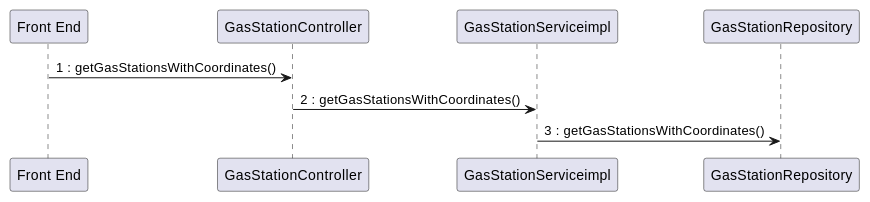
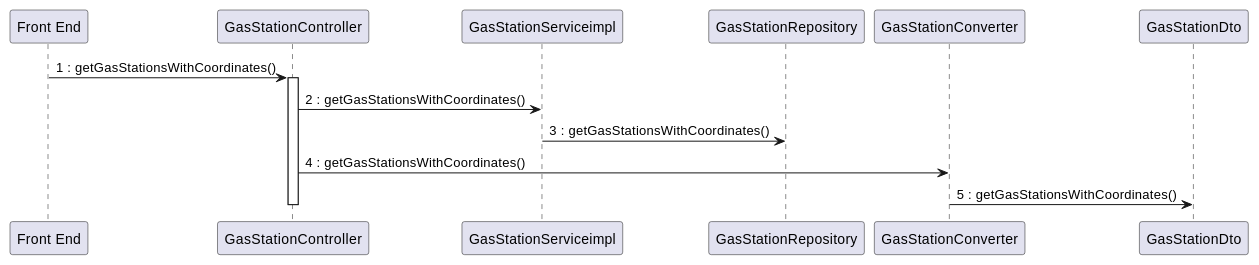
Before and after one commit to mosTavassoli/ezgas: diagram 12 of 15 in docs/DesignDocument.md, drawn with PlantUML. The commit also changed other lines of this file, not shown here.

Commit message:
docs(DesignDocument): fix traceability matrix, improve sequence diagrams and fill class diagram classes with methods and attributes

````diff
--- a/docs/DesignDocument.md
+++ b/docs/DesignDocument.md
@@ -432,7 +640,12 @@
 ```plantuml
 "Front End" -> GasStationController:1 : getGasStationsWithCoordinates()
+activate GasStationController
 GasStationController -> GasStationServiceimpl:2 : getGasStationsWithCoordinates()
 
 GasStationServiceimpl -> GasStationRepository:3 : getGasStationsWithCoordinates()
 
+GasStationController -> GasStationConverter:4 : getGasStationsWithCoordinates()
+
+GasStationConverter -> GasStationDto:5 : getGasStationsWithCoordinates()
+deactivate GasStationController
 ```
````
